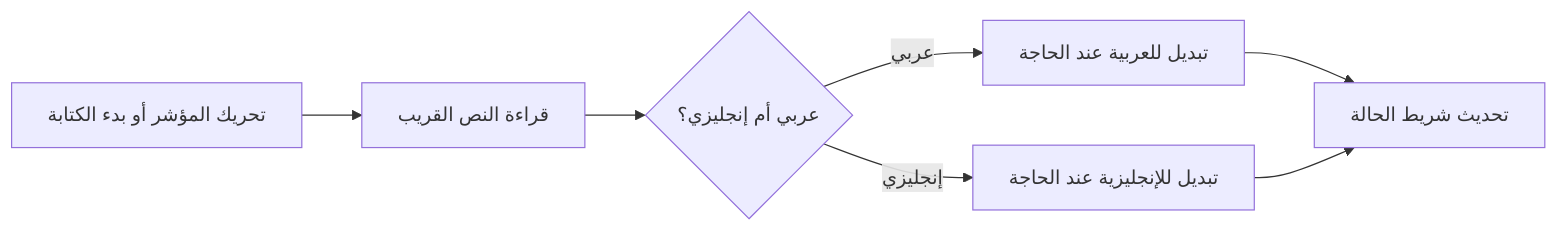
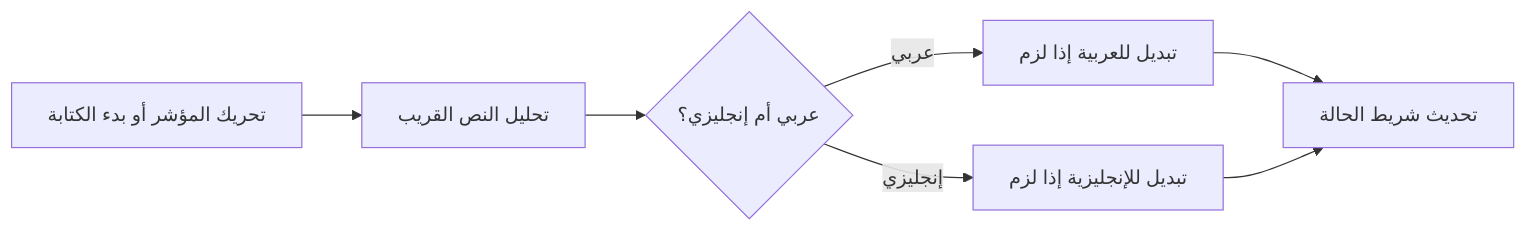
Before and after one commit to almhajer/autolanguage: the diagram in README.md, drawn with Mermaid. The commit also changed other lines of this file, not shown here.

````diff
--- a/README.md
+++ b/README.md
@@ -158,9 +171,9 @@
 ```mermaid
 graph LR
-    A[تحريك المؤشر أو بدء الكتابة] --> B[قراءة النص القريب]
+    A[تحريك المؤشر أو بدء الكتابة] --> B[تحليل النص القريب]
     B --> C{عربي أم إنجليزي؟}
-    C -->|عربي| D[تبديل للعربية عند الحاجة]
-    C -->|إنجليزي| E[تبديل للإنجليزية عند الحاجة]
+    C -->|عربي| D[تبديل للعربية إذا لزم]
+    C -->|إنجليزي| E[تبديل للإنجليزية إذا لزم]
     D --> F[تحديث شريط الحالة]
     E --> F[تحديث شريط الحالة]
 ```
````
